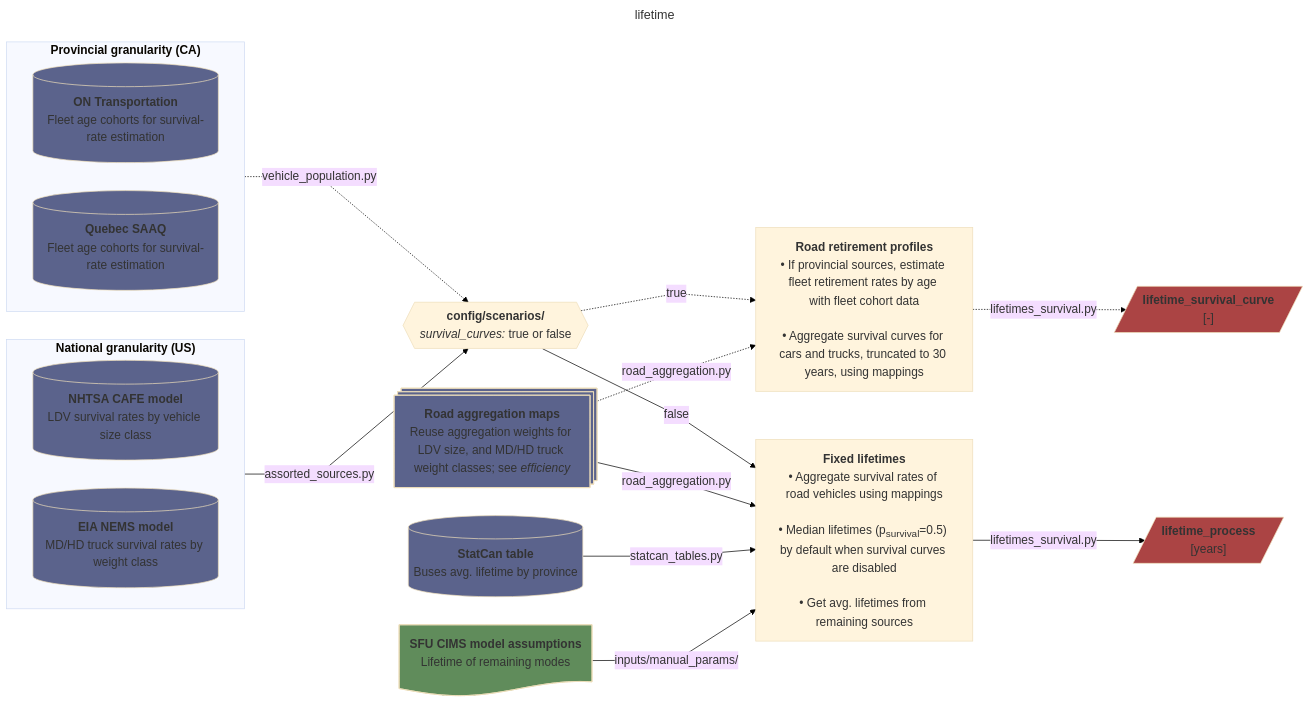
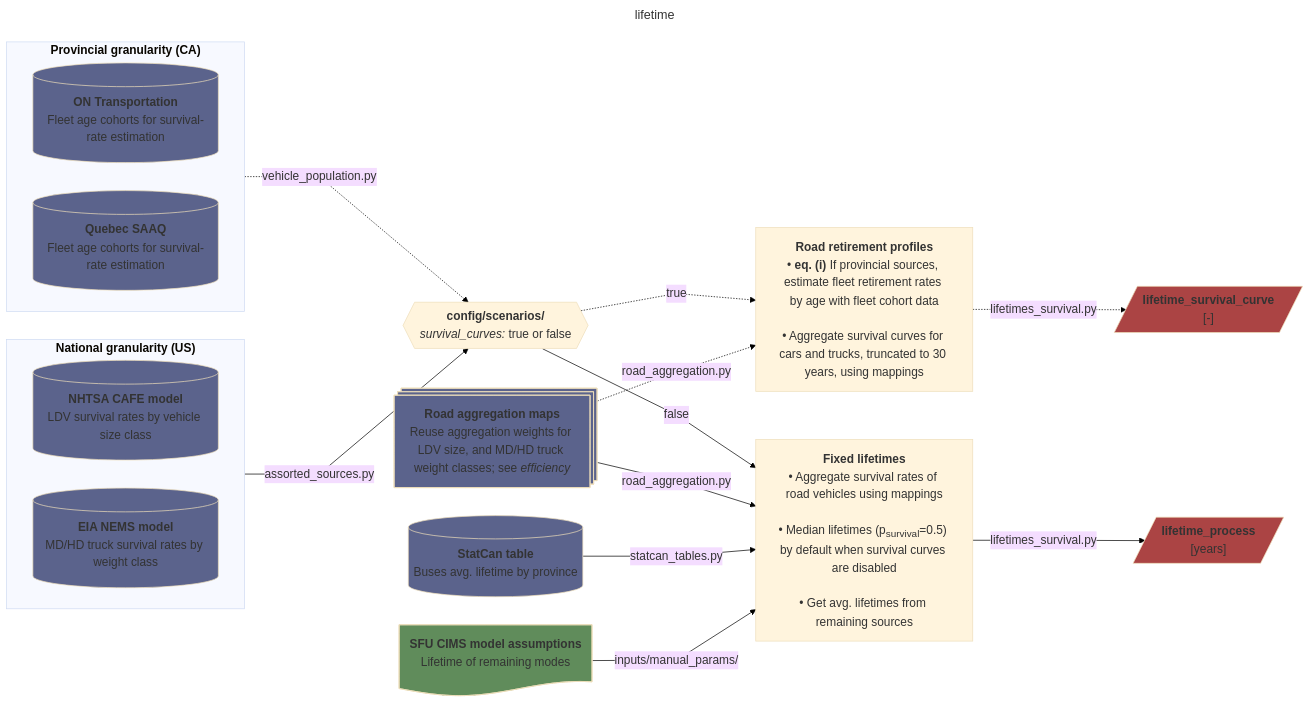
One commit to CANOE-main/canoe-transportation changed the sixth of 9 diagrams in README.md. Above: the diagram before and after it, drawn with Mermaid. The commit also changed other lines of this file, not shown here.

````diff
--- a/README.md
+++ b/README.md
@@ -395,68 +395,68 @@
 ```mermaid
 ---
 title: lifetime
 config:
   layout: dagre
   theme: base
   themeVariables:
     background: "#ffffff"
     darkMode: false
     fontSize: 17px
   flowchart:
     nodeSpacing: 40
     rankSpacing: 50
     wrappingWidth: 250
     curve: linear
 ---
 flowchart LR
   %% --- Sources ---
   subgraph national["`**National granularity (US)**`"]
     direction LR
     s2[("`**NHTSA CAFE model**<br>LDV survival rates by vehicle size class`")]
     s3[("`**EIA NEMS model**<br>MD/HD truck survival rates by weight class`")]
   end
   subgraph provincial["`**Provincial granularity (CA)**`"]
     direction LR
     s0[("`**ON Transportation**<br>Fleet age cohorts for survival-rate estimation`")]
     s1[("`**Quebec SAAQ**<br>Fleet age cohorts for survival-rate estimation`")]
   end
 
   %% --- Processes ---
   p1@{shape: hex, label: "**config/scenarios/**<br>*survival_curves:* true or false"}
   provincial -. "vehicle_population.py" .-> p1
   national -- assorted_sources.py --> p1
   
   s6@{shape: processes, label: "**Road aggregation maps**<br>Reuse aggregation weights for LDV size, and MD/HD truck weight classes; see *efficiency*"}
   s4[("`**StatCan table**<br>Buses avg. lifetime by province`")]
   s5@{shape: doc, label: "**SFU CIMS model assumptions**<br>Lifetime of remaining modes"}
 
-  p2["`**Road retirement profiles**<br>• If provincial sources, estimate fleet retirement rates by age with fleet cohort data<br><br>• Aggregate survival curves for cars and trucks, truncated to 30 years, using mappings`"]
+  p2["`**Road retirement profiles**<br>• **eq. (i)** If provincial sources, estimate fleet retirement rates by age with fleet cohort data<br><br>• Aggregate survival curves for cars and trucks, truncated to 30 years, using mappings`"]
   p1 -. true .-> p2
   s6 -. "road_aggregation.py" .-> p2
   
   p3["`**Fixed lifetimes**<br>• Aggregate survival rates of road vehicles using mappings<br><br>• Median lifetimes (p<sub>survival</sub>=0.5) by default when survival curves are disabled<br><br>• Get avg. lifetimes from remaining sources`"]
   p1 -- false --> p3
   s6 -- road_aggregation.py --> p3
   s4 -- statcan_tables.py --> p3
   s5 -- inputs/manual_params/ --> p3
 
   p2 -. "lifetimes_survival.py" .-> o1[/"`**lifetime_survival_curve**<br>[-]`"/]
   p3 -- lifetimes_survival.py --> o2[/"`**lifetime_process**<br>[years]`"/]
 
   %% --- Styling ---
   classDef database fill:#5b638c
   classDef doc fill:#608c5b
   classDef output fill:#ab4444
 
   class s0,s1,s2,s3,s4,s6 database;
   class s5 doc;
   class o1,o2 output;
 
   %% --- Hyperlinks ---
   click s0 "https://data.ontario.ca/dataset/vehicle-population-data"
   click s1 "https://www.donneesquebec.ca/recherche/dataset/vehicules-en-circulation"
   click s2 "https://www.nhtsa.gov/file-downloads?p=nhtsa/downloads/CAFE/2024-FRM-LD-2b3-2027-2035/Central-Analysis/"
   click s3 "https://github.com/EIAgov/NEMS/blob/main/input/tdm/trnhdvx.xlsx"
   click s4 "https://doi.org/10.25318/3410025401-eng"
   click s5 "https://github.com/EMRG-SFU/cims-models/tree/main/sources/sectors"
 ```
````
